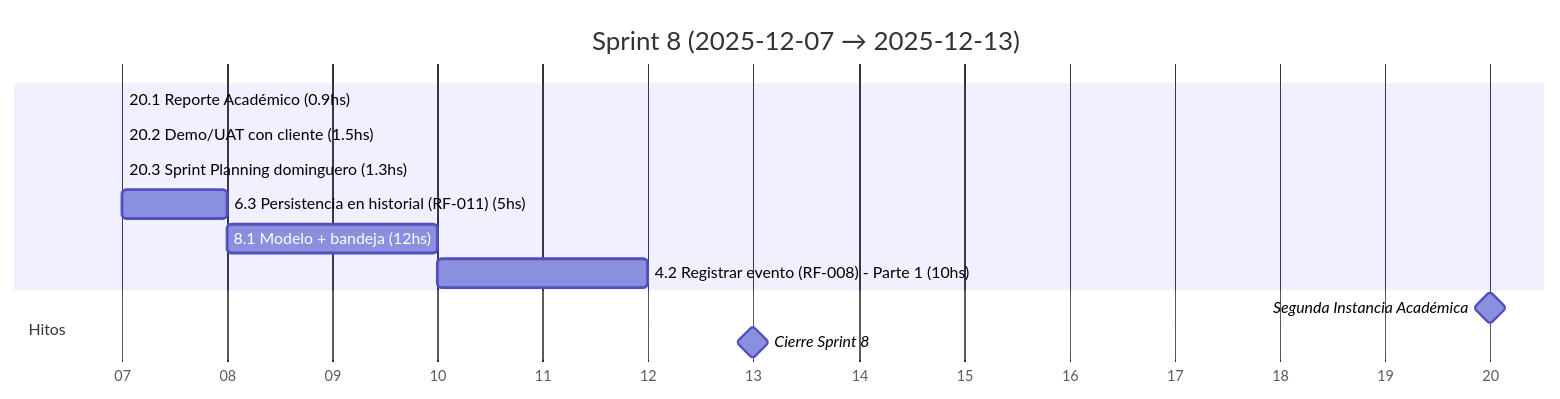
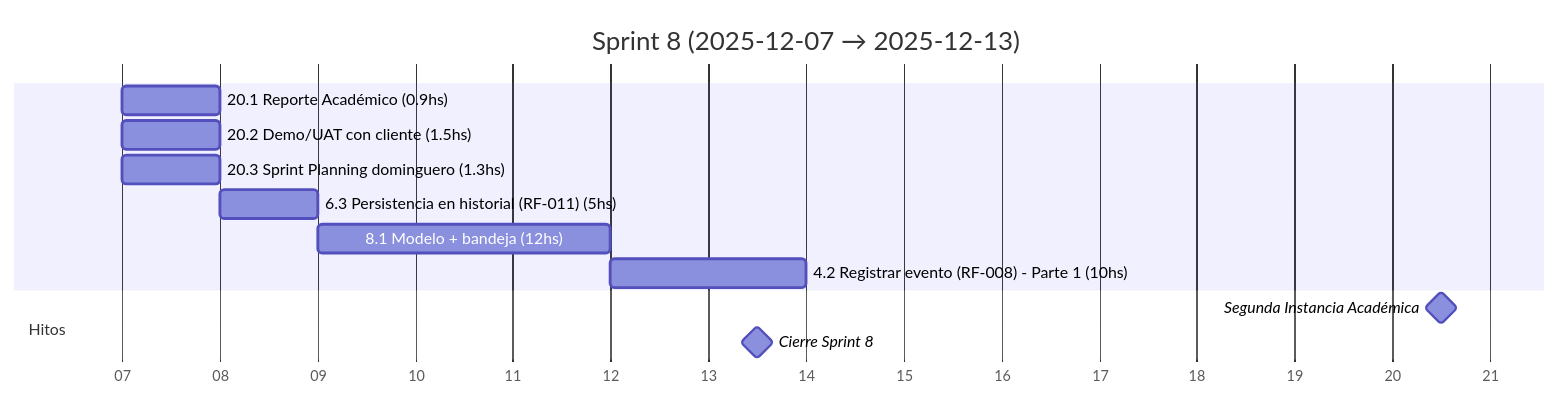
The ninth of 18 diagrams in docs/SprintsGantts.md (MarkMed/FleetMan), drawn with Mermaid before and after one commit. The commit also changed other lines of this file, not shown here.

````diff
--- a/docs/SprintsGantts.md
+++ b/docs/SprintsGantts.md
@@ -220,19 +220,19 @@
 ```mermaid
 gantt
   title Sprint 8 (2025-12-07 → 2025-12-13)
   dateFormat  YYYY-MM-DD
   axisFormat  %d
 
   %% Asumimos 5 h/día. Horas estimadas incluidas en el nombre.
 
-  20.1 Reporte Académico (0.9hs)               :t201, 2025-12-07, 0.2d
-  20.2 Demo/UAT con cliente (1.5hs)            :t202, after t201, 0.3d
-  20.3 Sprint Planning dominguero (1.3hs)      :t203, after t202, 0.3d
+  20.1 Reporte Académico (0.9hs)               :t201, 2025-12-07, 1d
+  20.2 Demo/UAT con cliente (1.5hs)            :t202, 2025-12-07, 1d
+  20.3 Sprint Planning dominguero (1.3hs)      :t203, 2025-12-07, 1d
   6.3 Persistencia en historial (RF-011) (5hs) :t63, after t203, 1d
-  8.1 Modelo + bandeja (12hs)                  :t81, after t63, 2.4d
+  8.1 Modelo + bandeja (12hs)                  :t81, after t63, 3d
   4.2 Registrar evento (RF-008) - Parte 1 (10hs) :t421, after t81, 2d
 
   section Hitos
-  Segunda Instancia Académica                   :milestone, acad2, 2025-12-20, 0d
-  Cierre Sprint 8                              :milestone, s8, 2025-12-13, 0d
+  Segunda Instancia Académica                   :milestone, acad2, 2025-12-20, 1d
+  Cierre Sprint 8                              :milestone, s8, 2025-12-13, 1d
 ```
````
